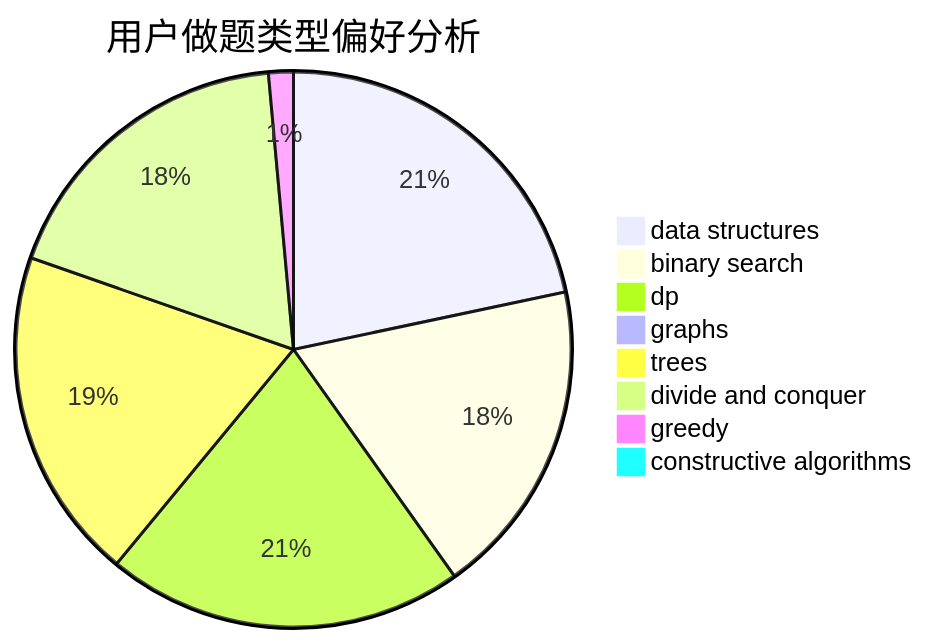
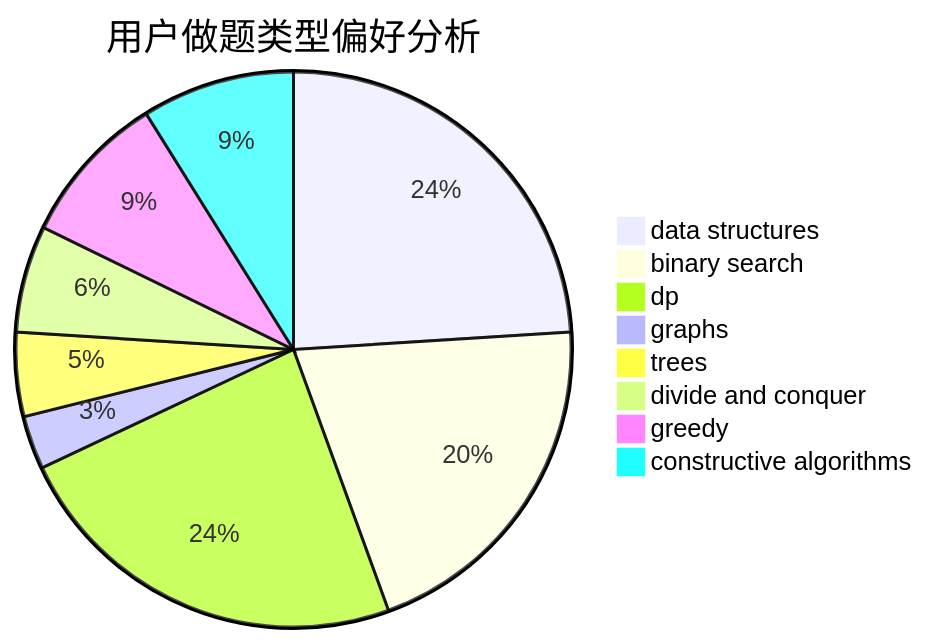
The second of 3 diagrams in docs/user/u16.md (sherpahu/cfrs.github.io), drawn with Mermaid before and after one commit. The commit also changed other lines of this file and 2770 other files, not shown here.

````diff
--- a/docs/user/u16.md
+++ b/docs/user/u16.md
@@ -23,11 +23,11 @@
 ```mermaid
 pie title 用户做题类型偏好分析
-    "data structures" :  75
-    "binary search" :  64
-    "dp" :  72
-    "graphs" :  2
-    "trees" :  67
-    "divide and conquer" :  63
-    "greedy" :  5
-    "constructive algorithms" :  3
+    "data structures" :  54
+    "binary search" :  46
+    "dp" :  53
+    "graphs" :  7
+    "trees" :  11
+    "divide and conquer" :  14
+    "greedy" :  20
+    "constructive algorithms" :  20
 ```
````
